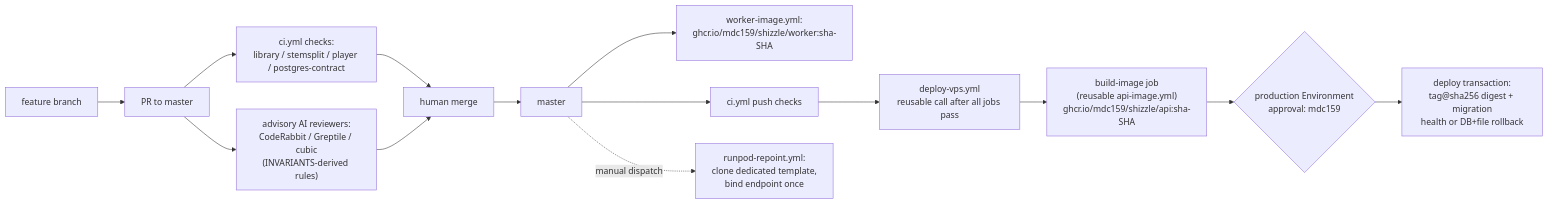
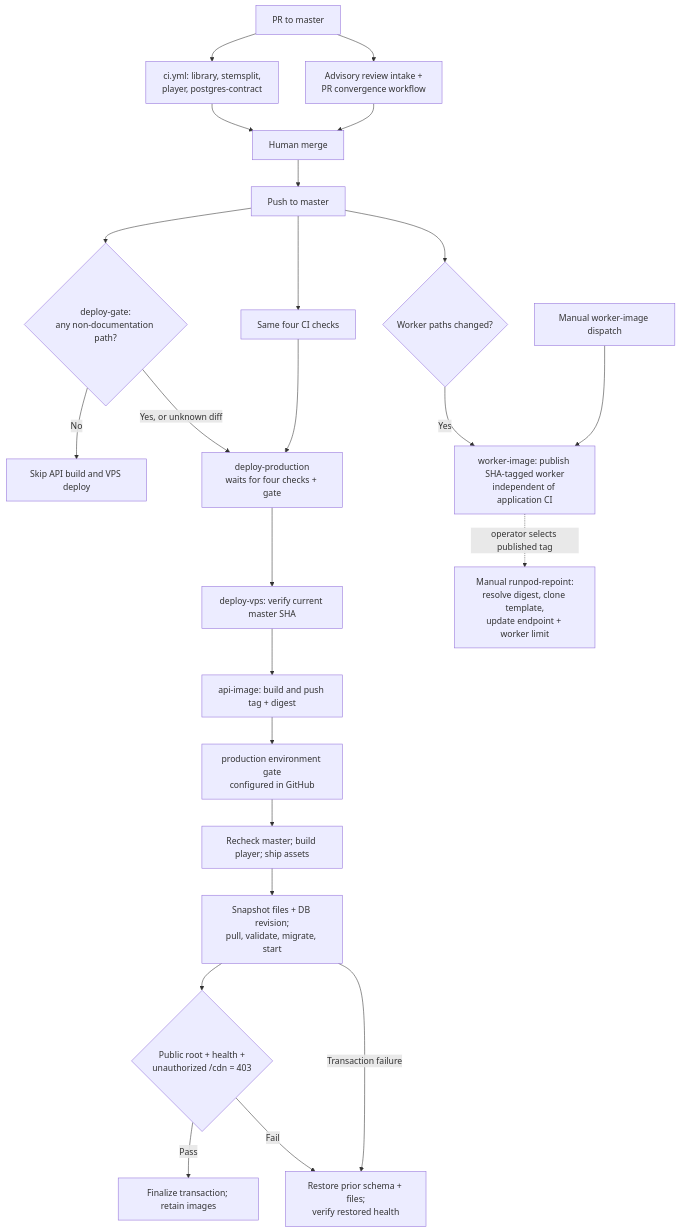
The diagram in docs/AUTOMATION.md (mdc159/shizzle), drawn with Mermaid before and after one commit. The commit also changed other lines of this file and 46 other files, not shown here.

First line of the commit message:
Docs: current-state review, setup and testing consolidation (#38)

````diff
--- a/docs/AUTOMATION.md
+++ b/docs/AUTOMATION.md
@@ -10,16 +11,26 @@
 ```mermaid
-flowchart LR
-    FB[feature branch] --> PR[PR to master]
-    PR --> CI["ci.yml checks:<br/>library / stemsplit / player / postgres-contract"]
-    PR --> AI["advisory AI reviewers:<br/>CodeRabbit / Greptile / cubic<br/>(INVARIANTS-derived rules)"]
-    CI --> HM[human merge]
-    AI --> HM
-    HM --> M[master]
-    M --> WI["worker-image.yml:<br/>ghcr.io/mdc159/shizzle/worker:sha-SHA"]
-    M --> CI2["ci.yml push checks"]
-    CI2 --> DV["deploy-vps.yml<br/>reusable call after all jobs pass"]
-    DV --> BI["build-image job<br/>(reusable api-image.yml)<br/>ghcr.io/mdc159/shizzle/api:sha-SHA"]
-    BI --> GATE{"production Environment<br/>approval: mdc159"}
-    GATE --> DEP["deploy transaction:<br/>tag@sha256 digest + migration<br/>health or DB+file rollback"]
-    M -. "manual dispatch" .-> RR["runpod-repoint.yml:<br/>clone dedicated template,<br/>bind endpoint once"]
+flowchart TB
+    PR["PR to master"] --> CHECKS["ci.yml: library, stemsplit,<br/>player, postgres-contract"]
+    PR --> REVIEW["Advisory review intake +<br/>PR convergence workflow"]
+    CHECKS --> MERGE["Human merge"]
+    REVIEW --> MERGE
+    MERGE --> MASTER["Push to master"]
+    MASTER --> PUSHCI["Same four CI checks"]
+    MASTER --> CLASSIFY{"deploy-gate:<br/>any non-documentation path?"}
+    CLASSIFY -->|"No"| SKIP["Skip API build and VPS deploy"]
+    CLASSIFY -->|"Yes, or unknown diff"| DEPLOY["deploy-production<br/>waits for four checks + gate"]
+    PUSHCI --> DEPLOY
+    DEPLOY --> ADMIT["deploy-vps: verify current master SHA"]
+    ADMIT --> IMAGE["api-image: build and push tag + digest"]
+    IMAGE --> APPROVAL["production environment gate<br/>configured in GitHub"]
+    APPROVAL --> RECHECK["Recheck master; build player; ship assets"]
+    RECHECK --> TX["Snapshot files + DB revision;<br/>pull, validate, migrate, start"]
+    TX --> HEALTH{"Public root + health +<br/>unauthorized /cdn = 403"}
+    HEALTH -->|"Pass"| FINAL["Finalize transaction; retain images"]
+    HEALTH -->|"Fail"| ROLLBACK["Restore prior schema + files;<br/>verify restored health"]
+    TX -->|"Transaction failure"| ROLLBACK
+    MASTER --> FILTER{"Worker paths changed?"}
+    FILTER -->|"Yes"| WORKER["worker-image: publish SHA-tagged worker<br/>independent of application CI"]
+    MANUALBUILD["Manual worker-image dispatch"] --> WORKER
+    WORKER -. "operator selects published tag" .-> REPOINT["Manual runpod-repoint:<br/>resolve digest, clone template,<br/>update endpoint + worker limit"]
 ```
````
